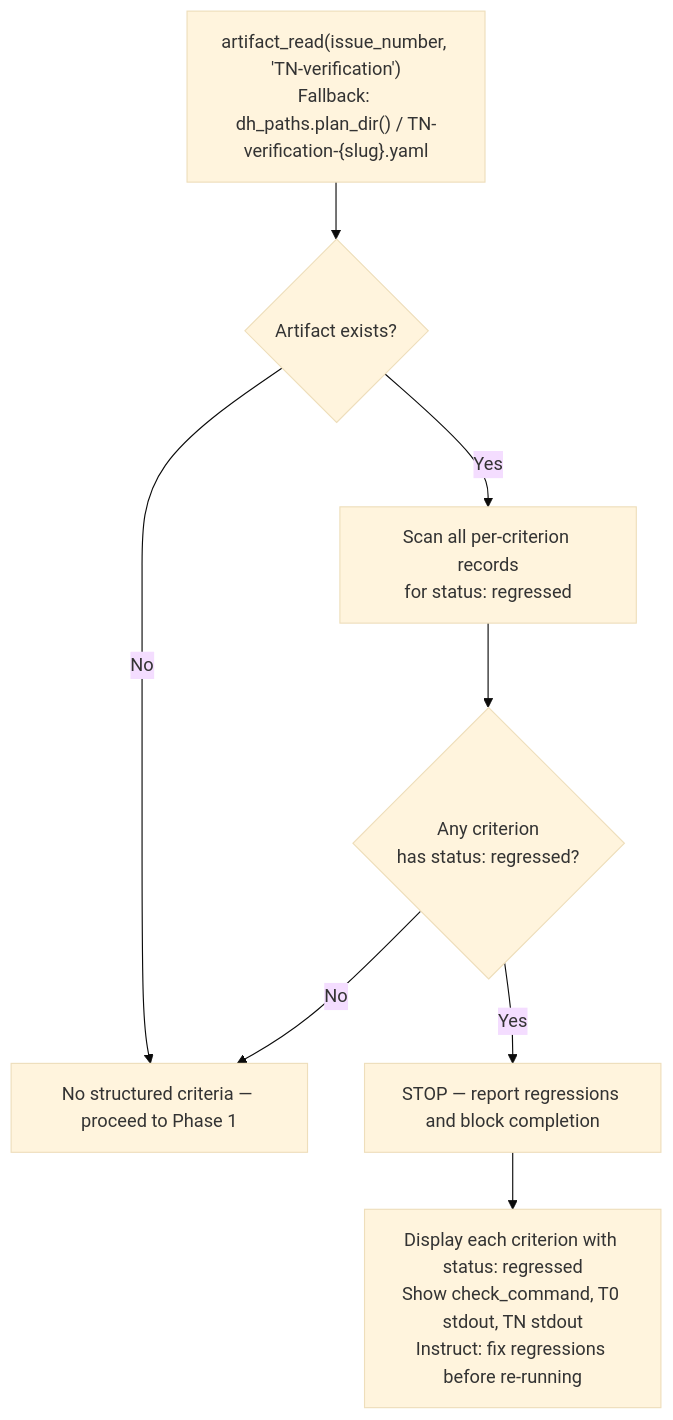
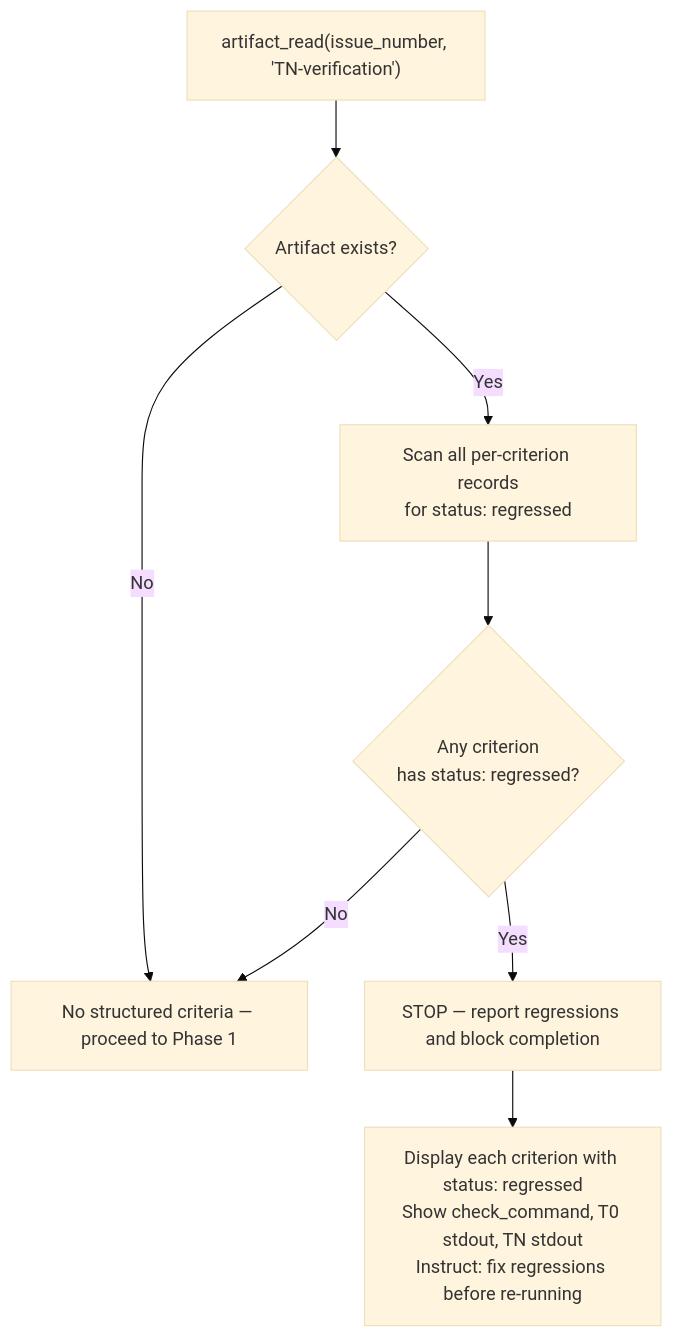
Before and after one commit to chgreer1070/claude_skills: the fifth of 10 diagrams in plugins/development-harness/skills/complete-implementation/SKILL.md, drawn with Mermaid (base theme). The commit also changed other lines of this file and 48 other files, not shown here.

````diff
--- a/plugins/development-harness/skills/complete-implementation/SKILL.md
+++ b/plugins/development-harness/skills/complete-implementation/SKILL.md
@@ -267,10 +267,10 @@
 ```mermaid
 flowchart TD
-    Read["artifact_read(issue_number, 'TN-verification')<br>Fallback: dh_paths.plan_dir() / TN-verification-{slug}.yaml"] --> Exists{Artifact exists?}
+    Read["artifact_read(issue_number, 'TN-verification')"] --> Exists{Artifact exists?}
     Exists -->|No| Proceed["No structured criteria — proceed to Phase 1"]
     Exists -->|Yes| Scan["Scan all per-criterion records<br>for status: regressed"]
     Scan --> AnyRegressed{Any criterion<br>has status: regressed?}
     AnyRegressed -->|No| Proceed
     AnyRegressed -->|Yes| Stop["STOP — report regressions and block completion"]
     Stop --> Report["Display each criterion with status: regressed<br>Show check_command, T0 stdout, TN stdout<br>Instruct: fix regressions before re-running"]
 ```
````
